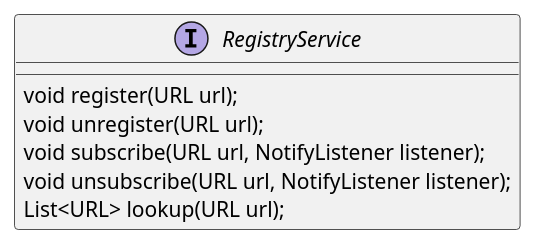
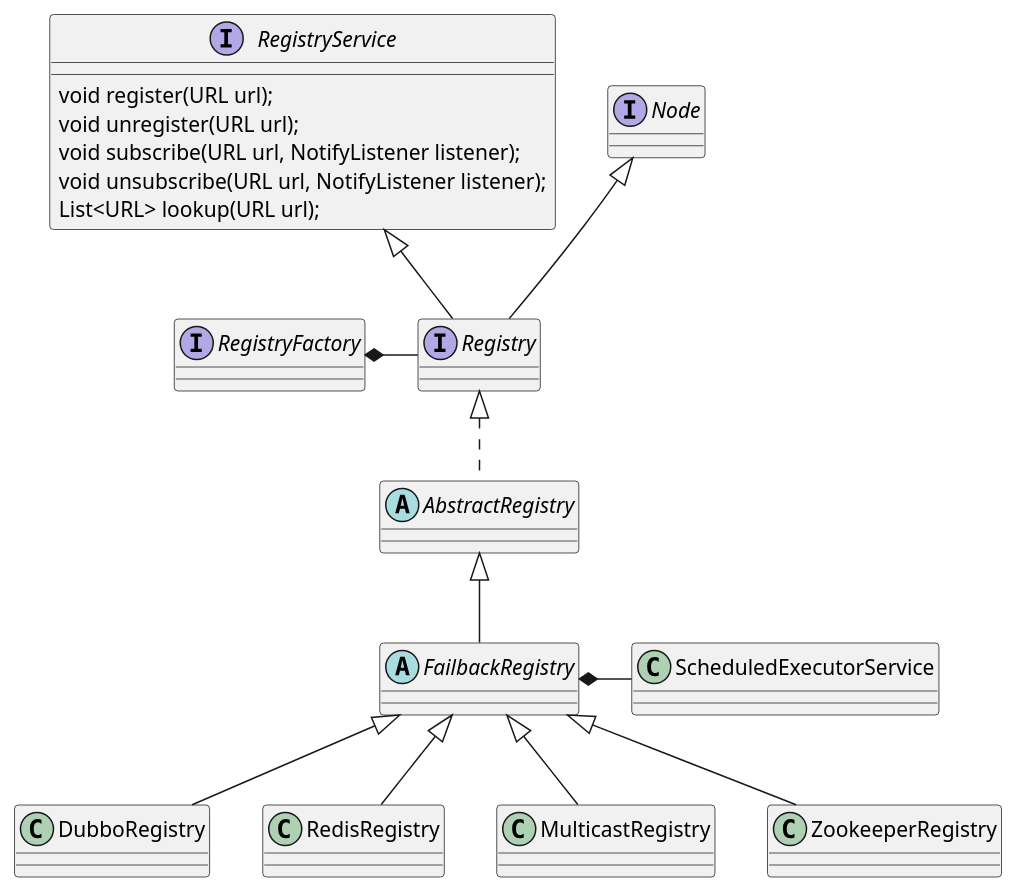
Before and after one commit to onlyonion/development: the diagram in docs/30-distributed/src/dubbo/registry/RegistryService.md, drawn with PlantUML. The commit also changed 33 other files, not shown here.

````diff
--- a/docs/30-distributed/src/dubbo/registry/RegistryService.md
+++ b/docs/30-distributed/src/dubbo/registry/RegistryService.md
@@ -15,13 +15,39 @@
 ```plantuml
 @startuml
 
 interface RegistryService {
     void register(URL url);
     void unregister(URL url);
     void subscribe(URL url, NotifyListener listener);
     void unsubscribe(URL url, NotifyListener listener);
     List<URL> lookup(URL url);
 }
 
+interface Node
+interface Registry
+abstract class AbstractRegistry
+abstract class FailbackRegistry
+
+FailbackRegistry *- ScheduledExecutorService
+
+class DubboRegistry
+class RedisRegistry
+class MulticastRegistry
+class ZookeeperRegistry
+
+RegistryService ^-- Registry
+Node ^-- Registry
+Registry ^.. AbstractRegistry
+AbstractRegistry ^-- FailbackRegistry
+
+FailbackRegistry ^-- DubboRegistry
+FailbackRegistry ^-- RedisRegistry
+FailbackRegistry ^-- MulticastRegistry
+FailbackRegistry ^-- ZookeeperRegistry
+
+'''''''''''' 工厂模式 ''''''''''''
+interface RegistryFactory
+RegistryFactory *- Registry
+
 @enduml
 ```
````
